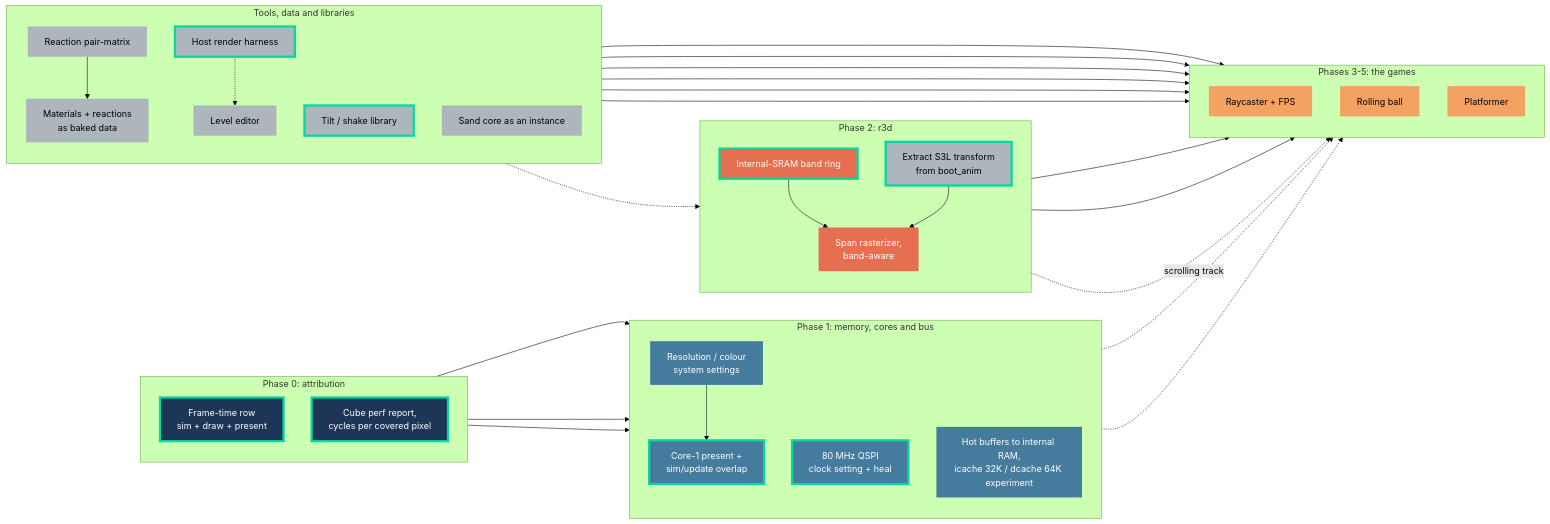
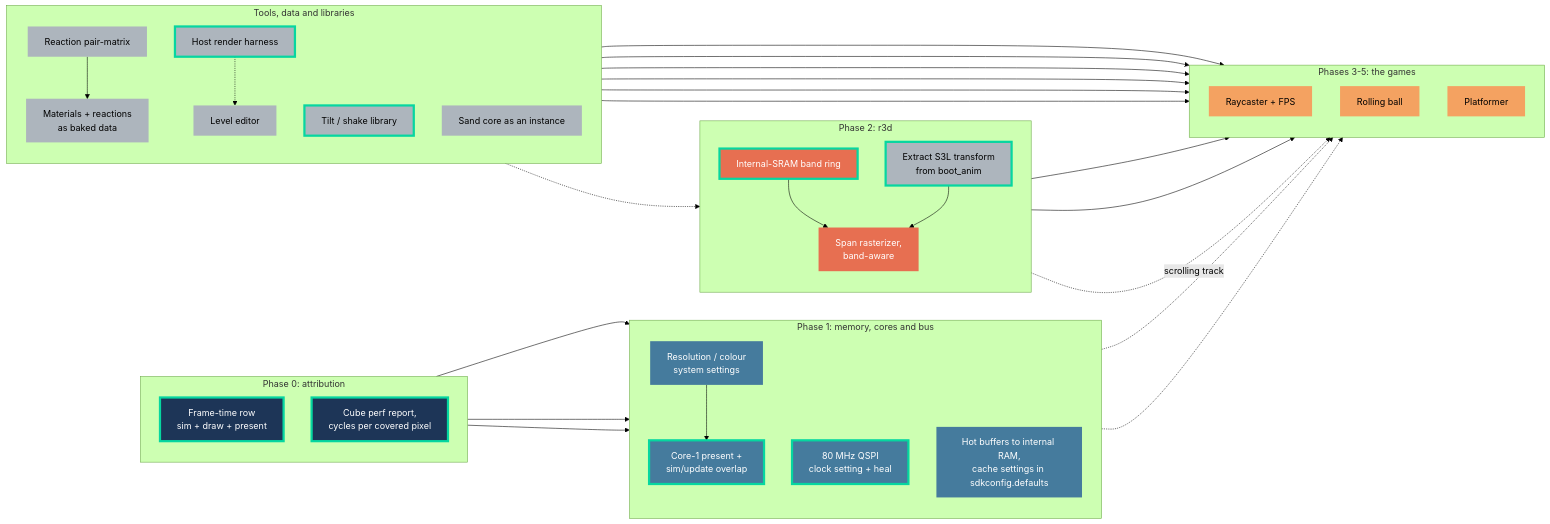
Before and after one commit to jose-villegas/autana: the first of 2 diagrams in docs/plans/Autana-Rendering-Roadmap.md, drawn with Mermaid (forest theme). The commit also changed other lines of this file and 5 other files, not shown here.

````diff
--- a/docs/plans/Autana-Rendering-Roadmap.md
+++ b/docs/plans/Autana-Rendering-Roadmap.md
@@ -27,66 +27,66 @@
 ```mermaid
 flowchart LR
   classDef p0 fill:#1d3557,color:#fff,stroke:none
   classDef p1 fill:#457b9d,color:#fff,stroke:none
   classDef p2 fill:#e76f51,color:#fff,stroke:none
   classDef game fill:#f4a261,color:#000,stroke:none
   classDef side fill:#adb5bd,color:#000,stroke:none
   classDef done stroke:#06d6a0,stroke-width:4px
 
   subgraph P0["Phase 0: attribution"]
     direction TB
     frameTime["Frame-time row<br/>sim + draw + present"]:::p0
     cubePerf["Cube perf report,<br/>cycles per covered pixel"]:::p0
   end
   subgraph P1["Phase 1: memory, cores and bus"]
     direction TB
     resSettings["Resolution / colour<br/>system settings"]:::p1
     busRoot["80 MHz QSPI<br/>clock setting + heal"]:::p1
     corePresent["Core-1 present +<br/>sim/update overlap"]:::p1
-    memPlacement["Hot buffers to internal RAM,<br/>icache 32K / dcache 64K experiment"]:::p1
+    memPlacement["Hot buffers to internal RAM,<br/>cache settings in sdkconfig.defaults"]:::p1
   end
   subgraph P2["Phase 2: r3d"]
     direction TB
     s3lExtract["Extract S3L transform<br/>from boot_anim"]:::side
     bandRing["Internal-SRAM band ring"]:::p2
     rasterizer["Span rasterizer,<br/>band-aware"]:::p2
   end
   subgraph SIDE["Tools, data and libraries"]
     direction TB
     hostHarness["Host render harness"]:::side
     tiltShake["Tilt / shake library"]:::side
     reactionMatrix["Reaction pair-matrix"]:::side
     materialData["Materials + reactions<br/>as baked data"]:::side
     levelEditor["Level editor"]:::side
     sandInstance["Sand core as an instance"]:::side
   end
   subgraph G["Phases 3-5: the games"]
     direction TB
     raycaster["Raycaster + FPS"]:::game
     rollingBall["Rolling ball"]:::game
     platformer["Platformer"]:::game
   end
 
   frameTime --> busRoot
   frameTime --> corePresent
   frameTime --> memPlacement
   resSettings --> corePresent
   bandRing --> rasterizer
   s3lExtract --> rasterizer
   bandRing --> raycaster
   tiltShake --> raycaster
   rasterizer --> rollingBall
   tiltShake --> rollingBall
   levelEditor --> platformer
   materialData --> platformer
   sandInstance --> platformer
   tiltShake --> platformer
   reactionMatrix --> materialData
   bandRing -.->|scrolling track| platformer
   hostHarness -.-> rasterizer
   hostHarness -.-> levelEditor
   busRoot -.-> raycaster
   corePresent -.-> platformer
 
   class frameTime,cubePerf,busRoot,corePresent,bandRing,hostHarness,s3lExtract,tiltShake done
 ```
````
